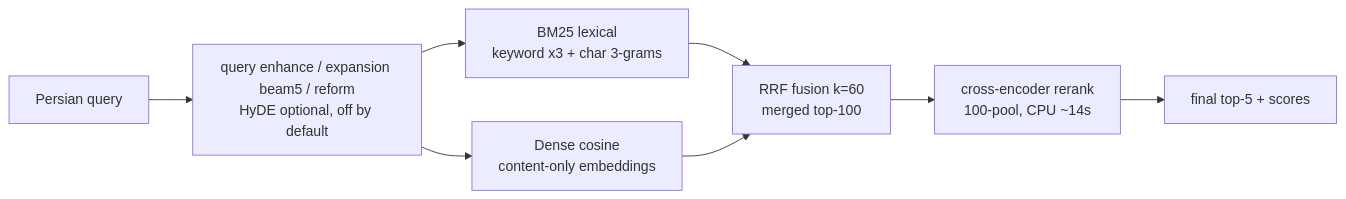
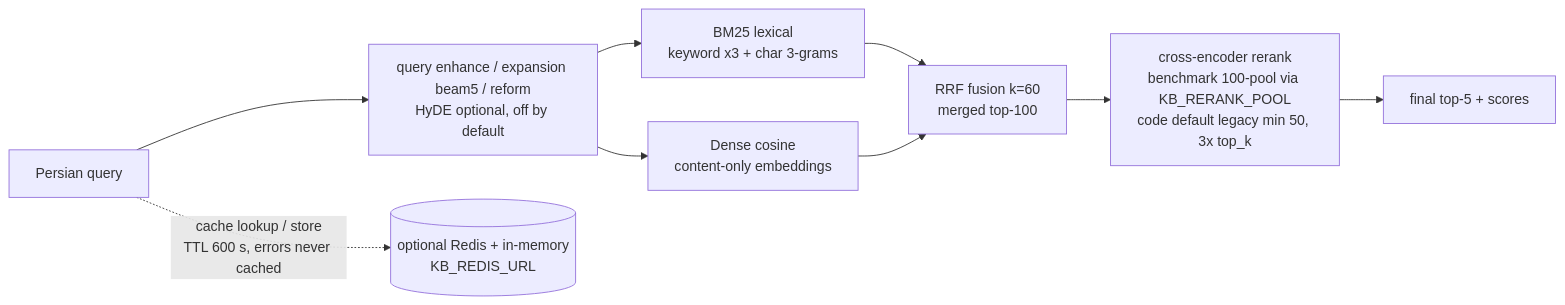
Before and after one commit to AliNikkhah2001/Work_RAG-KB: the second of 3 diagrams in kb-manager/README.md, drawn with Mermaid. The commit also changed other lines of this file and 9 other files, not shown here.

````diff
--- a/kb-manager/README.md
+++ b/kb-manager/README.md
@@ -53,10 +53,11 @@
 ```mermaid
 graph LR
     Q[Persian query] --> QX[query enhance / expansion beam5 / reform<br/>HyDE optional, off by default]
     QX --> BM25[BM25 lexical<br/>keyword x3 + char 3-grams]
     QX --> DENSE[Dense cosine<br/>content-only embeddings]
     BM25 --> RRF[RRF fusion k=60<br/>merged top-100]
     DENSE --> RRF
-    RRF --> RERANK[cross-encoder rerank<br/>100-pool, CPU ~14s]
+    RRF --> RERANK[cross-encoder rerank<br/>benchmark 100-pool via KB_RERANK_POOL<br/>code default legacy min 50, 3x top_k]
     RERANK --> TOP[final top-5 + scores]
+    Q -.->|cache lookup / store<br/>TTL 600 s, errors never cached| RC[(optional Redis + in-memory<br/>KB_REDIS_URL)]
 ```
````
